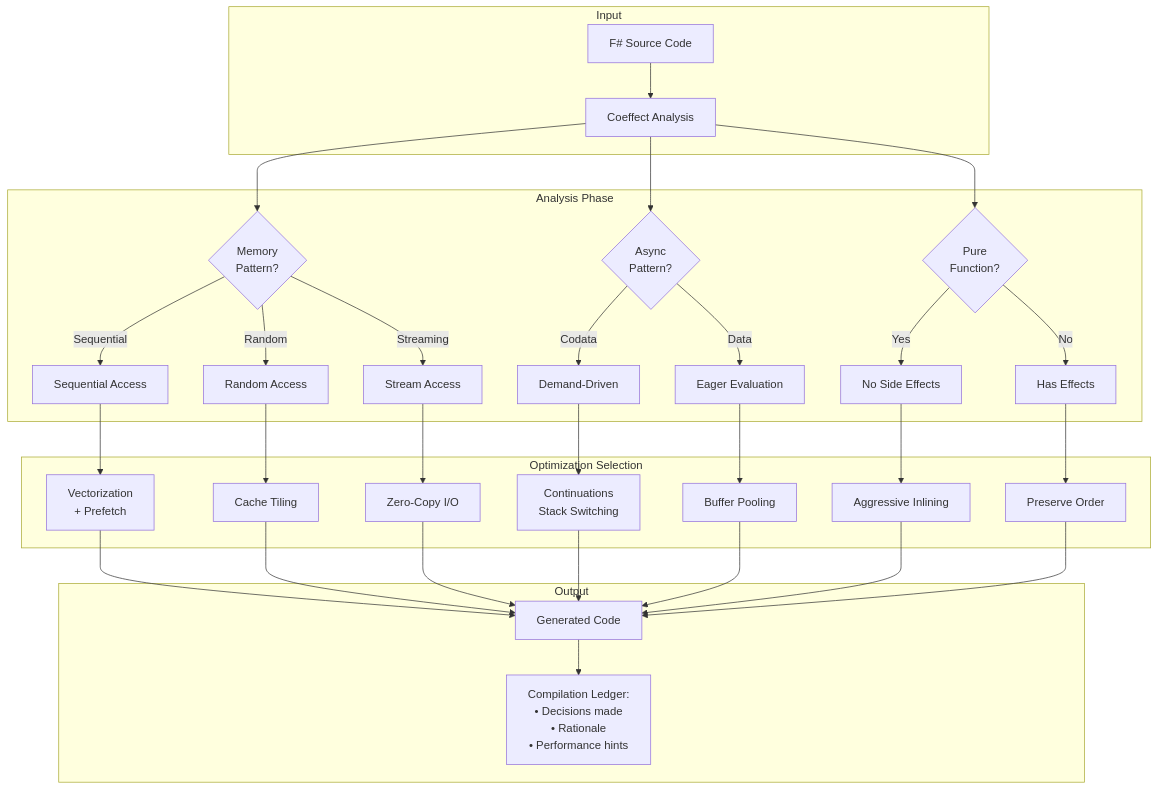
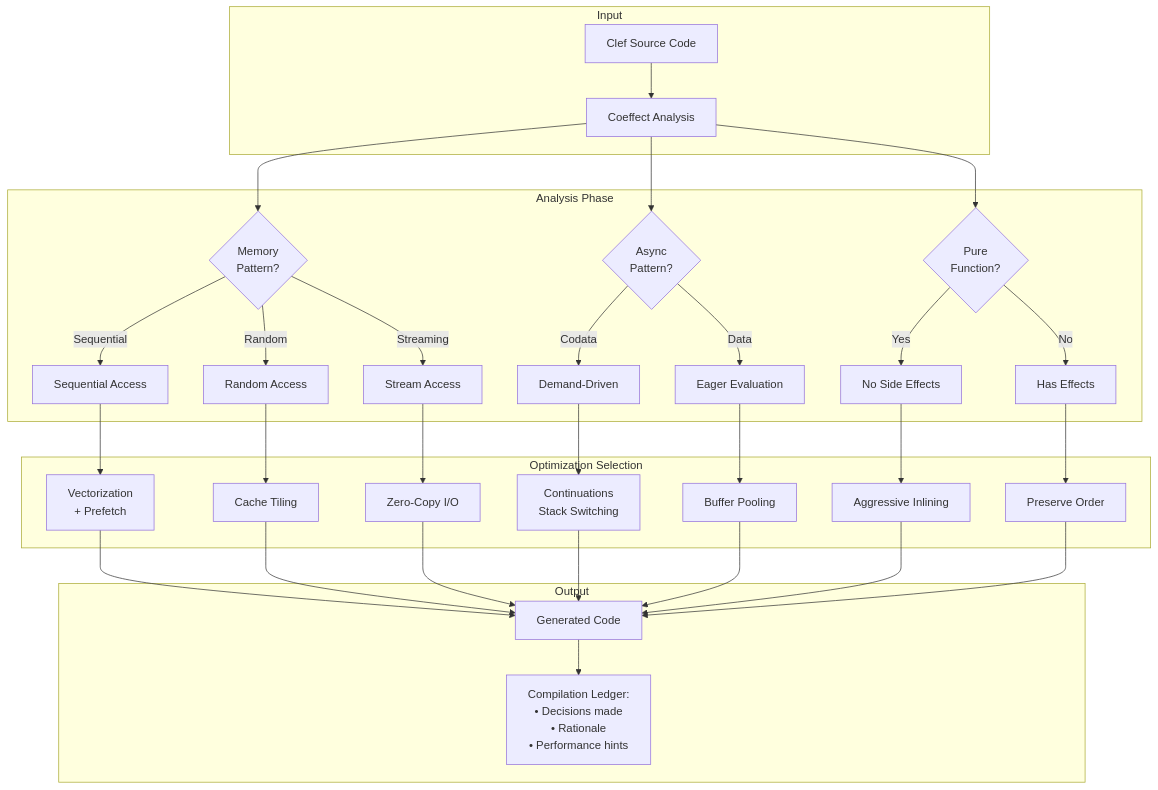
Before and after one commit to FidelityFramework/clef-lang-site: the second of 2 diagrams in hugo/content/docs/design/coeffects-and-codata.md, drawn with Mermaid. The commit also changed other lines of this file and 5 other files, not shown here.

````diff
--- a/hugo/content/docs/design/coeffects-and-codata.md
+++ b/hugo/content/docs/design/coeffects-and-codata.md
@@ -712,47 +712,47 @@
 ```mermaid
 flowchart TB
     subgraph "Input"
-        SRC[F# Source Code]
+        SRC[Clef Source Code]
         SRC --> ANALYSIS[Coeffect Analysis]
     end
 
     subgraph "Analysis Phase"
         ANALYSIS --> MEM{Memory<br/>Pattern?}
         ANALYSIS --> ASYNC{Async<br/>Pattern?}
         ANALYSIS --> PURE{Pure<br/>Function?}
 
         MEM -->|Sequential| SEQ[Sequential Access]
         MEM -->|Random| RND[Random Access]
         MEM -->|Streaming| STR[Stream Access]
 
         ASYNC -->|Codata| COD[Demand-Driven]
         ASYNC -->|Data| DAT[Eager Evaluation]
 
         PURE -->|Yes| NOEFF[No Side Effects]
         PURE -->|No| EFF[Has Effects]
     end
 
     subgraph "Optimization Selection"
         SEQ --> VEC[Vectorization<br/>+ Prefetch]
         RND --> TILE[Cache Tiling]
         STR --> ZERO[Zero-Copy I/O]
 
         COD --> CONT[Continuations<br/>Stack Switching]
         DAT --> BUFF[Buffer Pooling]
 
         NOEFF --> INLINE[Aggressive Inlining]
         EFF --> PRESERVE[Preserve Order]
     end
 
     subgraph "Output"
         VEC --> CODE[Generated Code]
         TILE --> CODE
         ZERO --> CODE
         CONT --> CODE
         BUFF --> CODE
         INLINE --> CODE
         PRESERVE --> CODE
 
         CODE --> REPORT[Compilation Ledger:<br/>• Decisions made<br/>• Rationale<br/>• Performance hints]
     end
 ```
````
